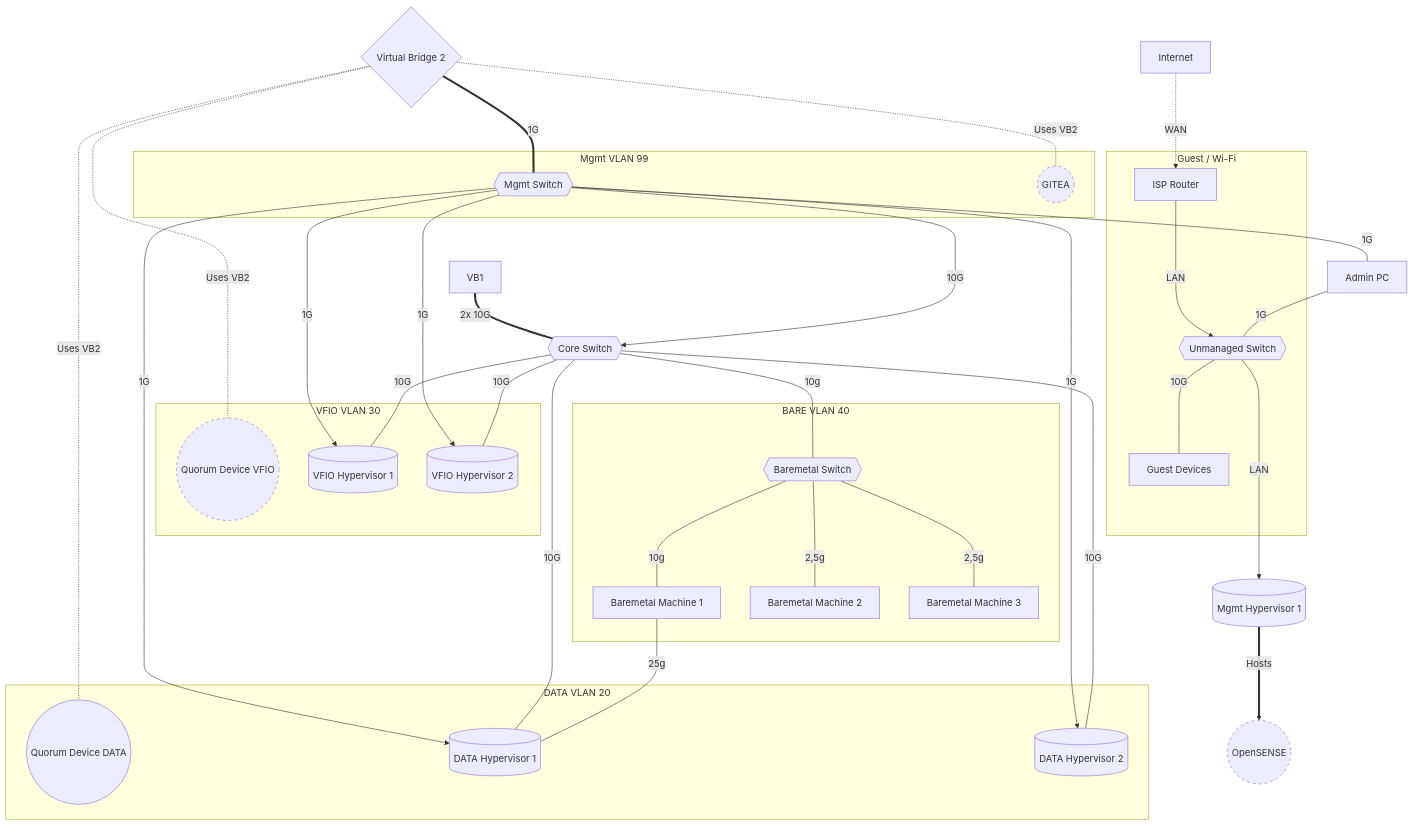
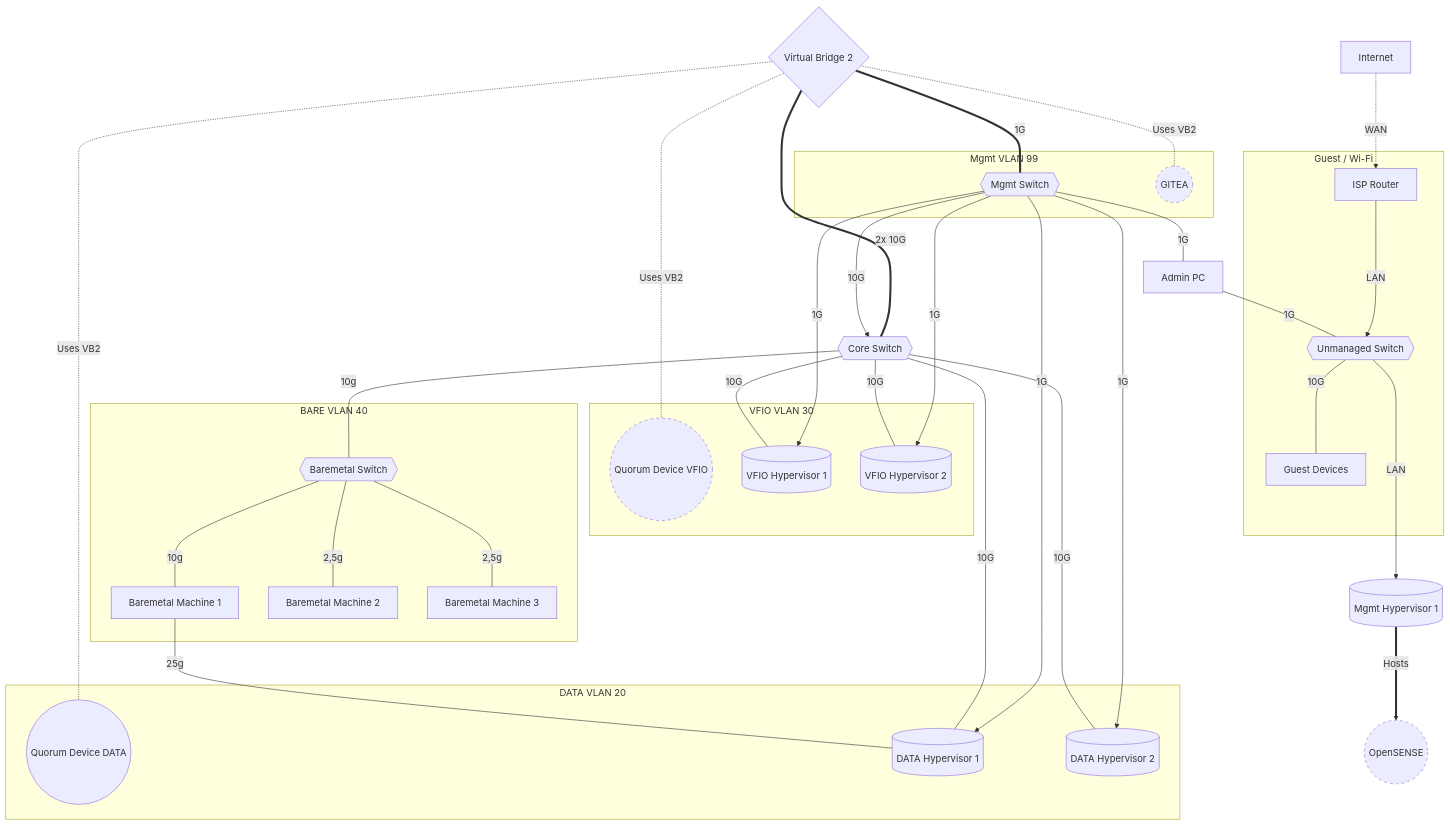
The diagram in alp/netop.md (woeiru/lab), drawn with Mermaid before and after one commit.

Commit message:
alp/netop.md: update OPN connection speed to core switch

````diff
--- a/alp/netop.md
+++ b/alp/netop.md
@@ -3,63 +3,63 @@
 ```mermaid
 graph TD
     INT[Internet] -.-> |WAN| ISPR[ISP Router]
     ISPR ---> |LAN| US
     US{{Unmanaged Switch}} ---> |LAN| MH1[(Mgmt Hypervisor 1)]
     US ---|"10G"| GD[Guest Devices]
 
     MS{{Mgmt Switch}} ---|"1G"| APC[Admin PC]
     APC ---|"1G"| US
 
     MH1 ==>|"Hosts"| OPN((OpenSENSE))
     VB2{Virtual Bridge 2} -.- |"Uses VB2"| QDV((Quorum Device VFIO))
     VB2{Virtual Bridge 2} -.- |"Uses VB2"| QDD((Quorum Device DATA))
-    VB1 ===|"2x 10G"| CS{{Core Switch}}
+    VB2 ===|"2x 10G"| CS{{Core Switch}}
     VB2 ===|"1G"| MS
     VB2 -.- |"Uses VB2"| GIT((GITEA))
 
     MS --->|"10G"| CS
     MS --->|"1G"| DH1
     MS --->|"1G"| DH2
     MS --->|"1G"| VH1
     MS --->|"1G"| VH2
 
     CS ---|"10G"| DH1[(DATA Hypervisor 1)]
     CS ---|"10G"| DH2[(DATA Hypervisor 2)]
     CS ---|"10G"| VH1[(VFIO Hypervisor 1)]
     CS ---|"10G"| VH2[(VFIO Hypervisor 2)]
 
     CS ---|"10g"| BMS{{Baremetal Switch}}
     BMS ---|"10g"| BM1[Baremetal Machine 1]
     BM1 ---|"25g"| DH1
     BMS ---|"2,5g"| BM2[Baremetal Machine 2]
     BMS ---|"2,5g"| BM3[Baremetal Machine 3]
 
     subgraph VLAN20 [DATA VLAN 20]
         DH1
         DH2
         QDD
     end
     subgraph VLAN30 [VFIO VLAN 30]
         VH1
         VH2
         QDV
     end
     subgraph VLAN40 [BARE VLAN 40]
        BMS
        BM1 
        BM2 
        BM3 
     end
 
     subgraph VLAN99 [Mgmt VLAN 99]
         MS
         GIT
     end
     subgraph Guest [Guest / Wi-Fi]
         ISPR
         GD
         US
     end
     classDef punctuated stroke-dasharray: 5 5;
     class GIT,QDV,OPN punctuated;
 ```
````
